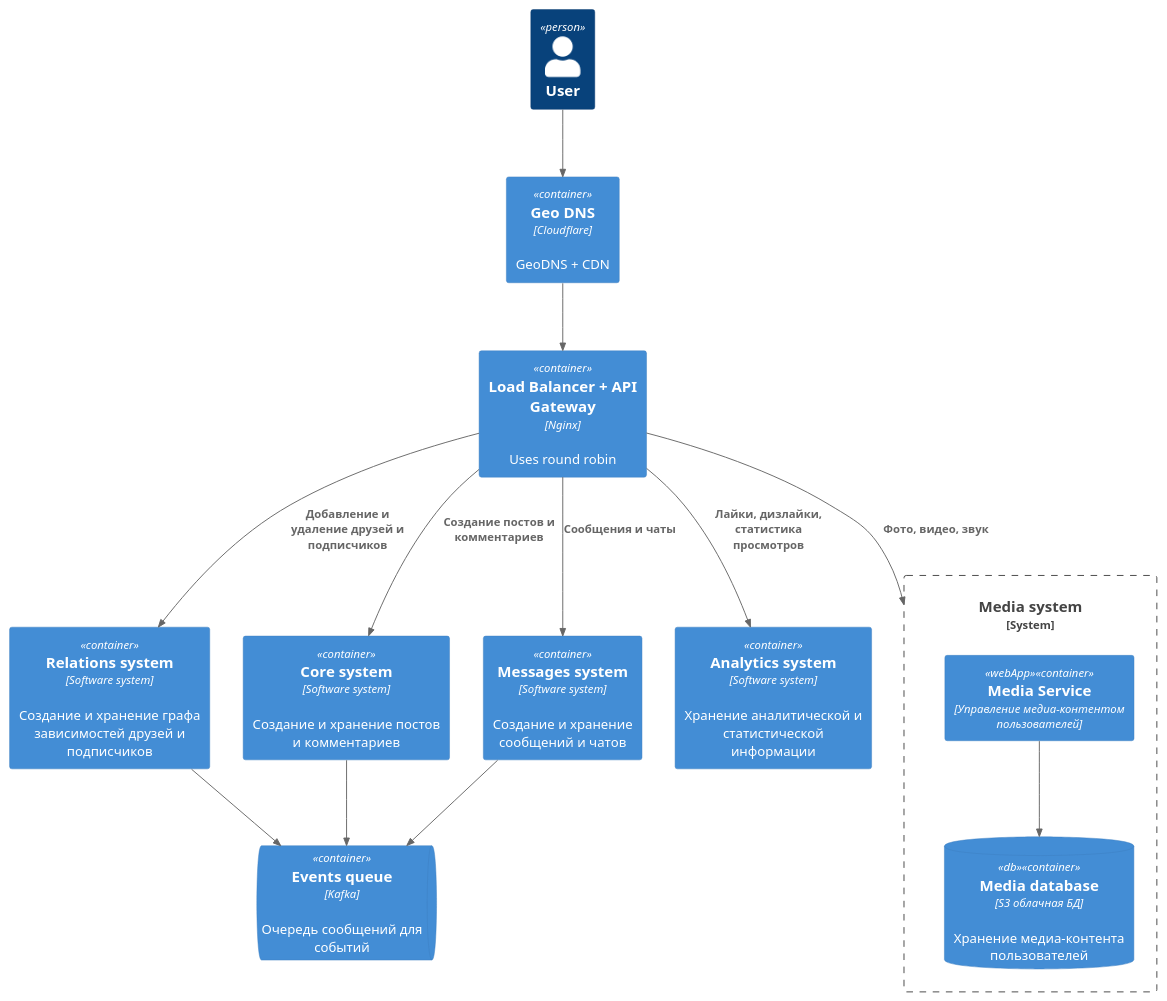
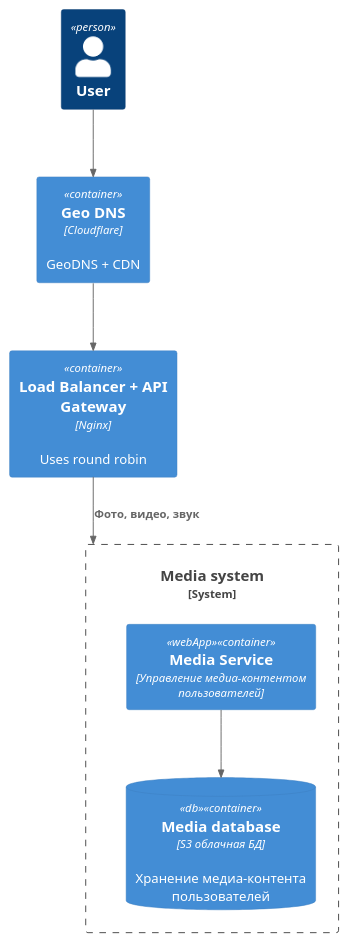
One commit to ostart/social_network_system_design changed the diagram in architecture/media_system/container.puml. Above: the diagram before and after it, drawn with PlantUML. The commit also changed 9 other files, not shown here.

```diff
--- a/architecture/media_system/container.puml
+++ b/architecture/media_system/container.puml
@@ -1,29 +1,17 @@
 @startuml
 !include https://raw.githubusercontent.com/plantuml-stdlib/C4-PlantUML/master/C4_Container.puml
 
 Person(user, "User")
 Container(geoDns, "Geo DNS", "Cloudflare", "GeoDNS + CDN")
 Container(loadBalancer, "Load Balancer + API Gateway", "Nginx", "Uses round robin")
-ContainerQueue(messageQueue, "Events queue", "Kafka", "Очередь сообщений для событий")
 
-Container(relationsSystem, "Relations system", "Software system", "Создание и хранение графа зависимостей друзей и подписчиков")
-Container(coreSystem, "Core system", "Software system", "Создание и хранение постов и комментариев")
-Container(messagesSystem, "Messages system", "Software system", "Создание и хранение сообщений и чатов")
-Container(analyticsSystem, "Analytics system", "Software system", "Хранение аналитической и статистической информации")
 System_Boundary(mediaSystem, "Media system") {
     Container(mediaService, "Media Service", "Управление медиа-контентом пользователей", $tags="webApp")
     ContainerDb(mediaDatabase, "Media database", "S3 облачная БД", "Хранение медиа-контента пользователей",  $tags="db")
 }
 
 Rel(user, geoDns, "")
 Rel(geoDns, loadBalancer, "")
-Rel(loadBalancer, relationsSystem, "Добавление и удаление друзей и подписчиков")
-Rel(loadBalancer, coreSystem, "Создание постов и комментариев")
-Rel(loadBalancer, analyticsSystem, "Лайки, дизлайки, статистика просмотров")
-Rel(loadBalancer, messagesSystem, "Сообщения и чаты")
 Rel(loadBalancer, mediaSystem, "Фото, видео, звук")
-Rel(relationsSystem, messageQueue, "")
-Rel(coreSystem, messageQueue, "")
-Rel(messagesSystem, messageQueue, "")
 Rel(mediaService, mediaDatabase, "")
 @enduml
```
